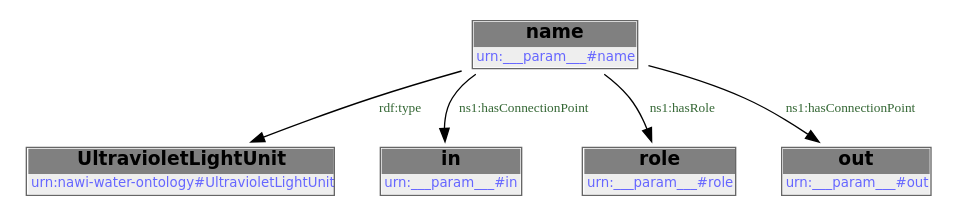
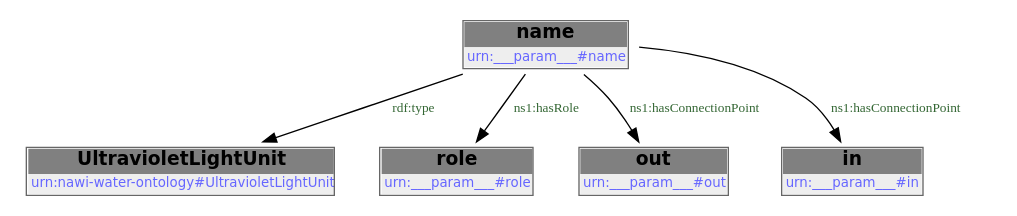
Before and after one commit to DataDrivenCPS/water-ontology: the first of 2 diagrams in docs/libraries/templates/uv-reactor.rst, drawn with Graphviz. The commit also changed other lines of this file and 33 other files, not shown here.

```diff
--- a/docs/libraries/templates/uv-reactor.rst
+++ b/docs/libraries/templates/uv-reactor.rst
@@ -78,14 +78,14 @@
         .. graphviz::
 
                 digraph G {
             node [fontname="DejaVu Sans"];
             node0 -> node1 [color=BLACK, label=< <font point-size='10' color='#336633'>rdf:type</font> >];
-            node0 -> node2 [color=BLACK, label=< <font point-size='10' color='#336633'>ns1:hasConnectionPoint</font> >];
-            node0 -> node3 [color=BLACK, label=< <font point-size='10' color='#336633'>ns1:hasRole</font> >];
+            node0 -> node2 [color=BLACK, label=< <font point-size='10' color='#336633'>ns1:hasRole</font> >];
+            node0 -> node3 [color=BLACK, label=< <font point-size='10' color='#336633'>ns1:hasConnectionPoint</font> >];
             node0 -> node4 [color=BLACK, label=< <font point-size='10' color='#336633'>ns1:hasConnectionPoint</font> >];
             node0 [shape=none, color=black, label=< <table color='#666666' cellborder='0' cellspacing='0' border='1'><tr><td colspan='2' bgcolor='grey'><B>name</B></td></tr><tr><td href='urn:___param___#name' bgcolor='#eeeeee' colspan='2'><font point-size='10' color='#6666ff'>urn:___param___#name</font></td></tr></table> >];
             node1 [shape=none, color=black, label=< <table color='#666666' cellborder='0' cellspacing='0' border='1'><tr><td colspan='2' bgcolor='grey'><B>UltravioletLightUnit</B></td></tr><tr><td href='urn:nawi-water-ontology#UltravioletLightUnit' bgcolor='#eeeeee' colspan='2'><font point-size='10' color='#6666ff'>urn:nawi-water-ontology#UltravioletLightUnit</font></td></tr></table> >];
-            node2 [shape=none, color=black, label=< <table color='#666666' cellborder='0' cellspacing='0' border='1'><tr><td colspan='2' bgcolor='grey'><B>in</B></td></tr><tr><td href='urn:___param___#in' bgcolor='#eeeeee' colspan='2'><font point-size='10' color='#6666ff'>urn:___param___#in</font></td></tr></table> >];
-            node3 [shape=none, color=black, label=< <table color='#666666' cellborder='0' cellspacing='0' border='1'><tr><td colspan='2' bgcolor='grey'><B>role</B></td></tr><tr><td href='urn:___param___#role' bgcolor='#eeeeee' colspan='2'><font point-size='10' color='#6666ff'>urn:___param___#role</font></td></tr></table> >];
-            node4 [shape=none, color=black, label=< <table color='#666666' cellborder='0' cellspacing='0' border='1'><tr><td colspan='2' bgcolor='grey'><B>out</B></td></tr><tr><td href='urn:___param___#out' bgcolor='#eeeeee' colspan='2'><font point-size='10' color='#6666ff'>urn:___param___#out</font></td></tr></table> >];
+            node2 [shape=none, color=black, label=< <table color='#666666' cellborder='0' cellspacing='0' border='1'><tr><td colspan='2' bgcolor='grey'><B>role</B></td></tr><tr><td href='urn:___param___#role' bgcolor='#eeeeee' colspan='2'><font point-size='10' color='#6666ff'>urn:___param___#role</font></td></tr></table> >];
+            node3 [shape=none, color=black, label=< <table color='#666666' cellborder='0' cellspacing='0' border='1'><tr><td colspan='2' bgcolor='grey'><B>out</B></td></tr><tr><td href='urn:___param___#out' bgcolor='#eeeeee' colspan='2'><font point-size='10' color='#6666ff'>urn:___param___#out</font></td></tr></table> >];
+            node4 [shape=none, color=black, label=< <table color='#666666' cellborder='0' cellspacing='0' border='1'><tr><td colspan='2' bgcolor='grey'><B>in</B></td></tr><tr><td href='urn:___param___#in' bgcolor='#eeeeee' colspan='2'><font point-size='10' color='#6666ff'>urn:___param___#in</font></td></tr></table> >];
             }
```
